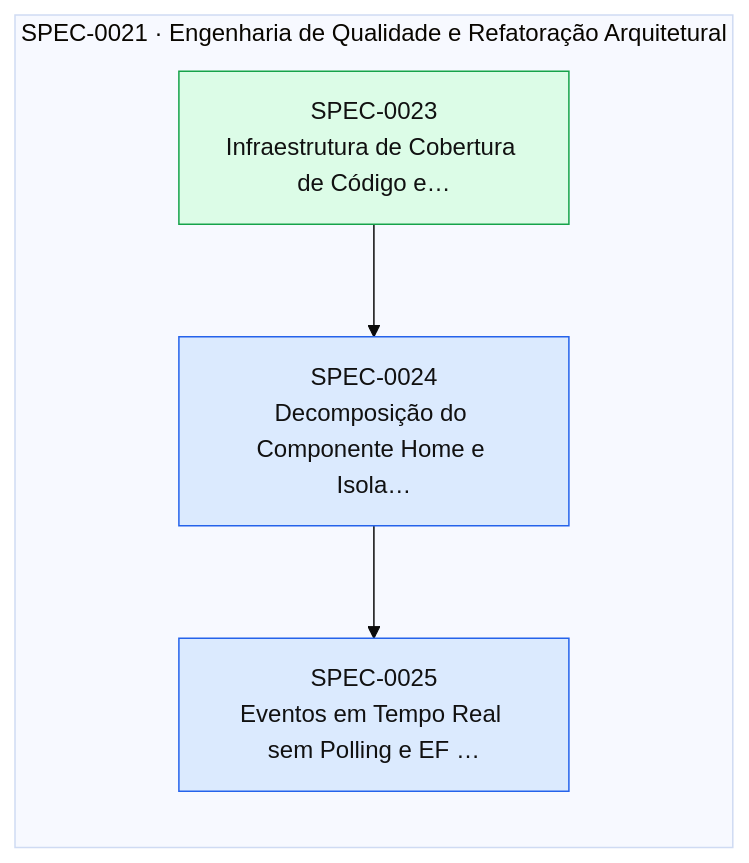
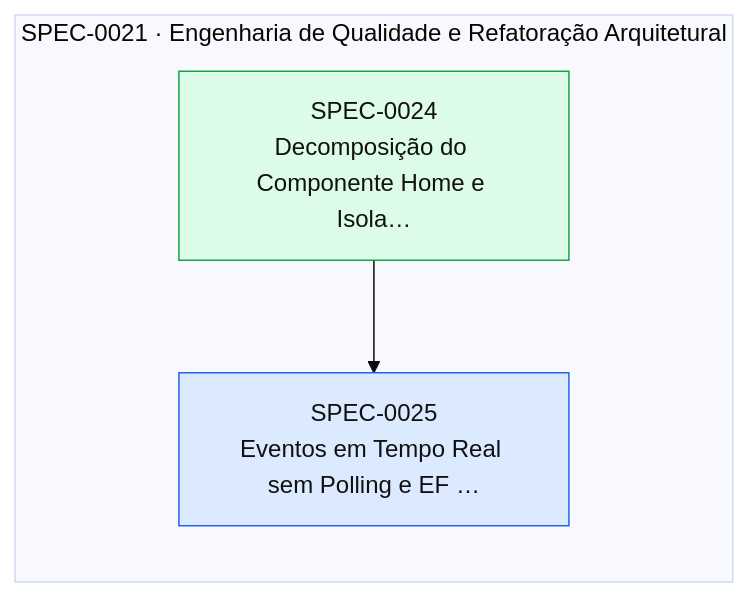
The diagram in docs/specs/INDEX.md (thomasravache/jogo-da-velha-multiplayer), drawn with Mermaid (base theme) before and after one commit. The commit also changed other lines of this file and 1 other file, not shown here.

First line of the commit message:
docs(specs): fechar SPEC-0024 e atualizar INDEX

````diff
--- a/docs/specs/INDEX.md
+++ b/docs/specs/INDEX.md
@@ -35,15 +34,13 @@
 ```mermaid
 flowchart LR
   subgraph E0021["SPEC-0021 · Engenharia de Qualidade e Refatoração Arquitetural"]
-    S0023["SPEC-0023<br/>Infraestrutura de Cobertura de Código e…"]:::implemented
-    S0024["SPEC-0024<br/>Decomposição do Componente Home e Isola…"]:::approved
+    S0024["SPEC-0024<br/>Decomposição do Componente Home e Isola…"]:::implemented
     S0025["SPEC-0025<br/>Eventos em Tempo Real sem Polling e EF …"]:::approved
   end
-  S0023 --> S0024
   S0024 --> S0025
   classDef proposed fill:#fef3c7,stroke:#d97706,color:#111
   classDef approved fill:#dbeafe,stroke:#2563eb,color:#111
   classDef inprogress fill:#ede9fe,stroke:#7c3aed,color:#111
   classDef implemented fill:#dcfce7,stroke:#16a34a,color:#111
   classDef deprecated fill:#f3f4f6,stroke:#9ca3af,color:#6b7280
 ```
````
